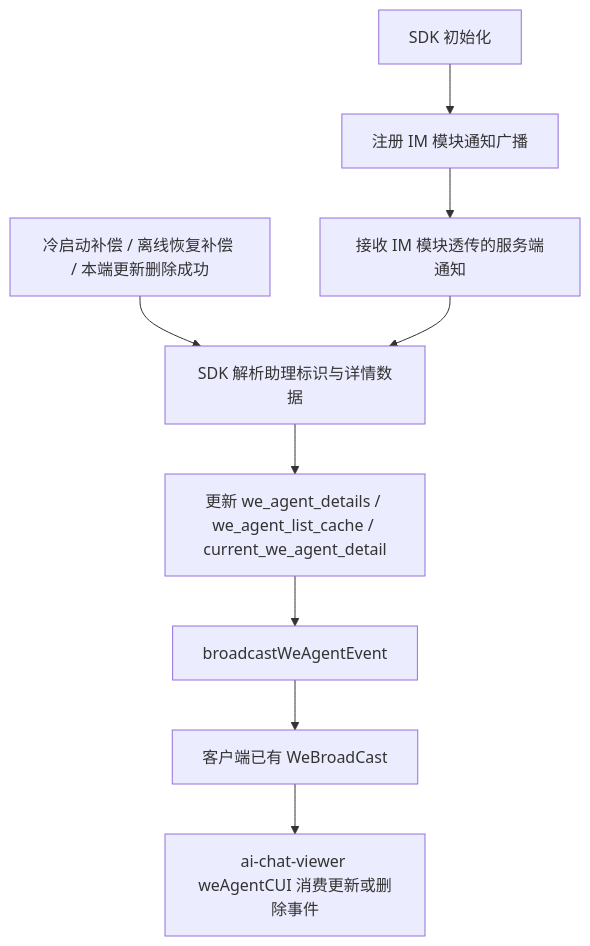
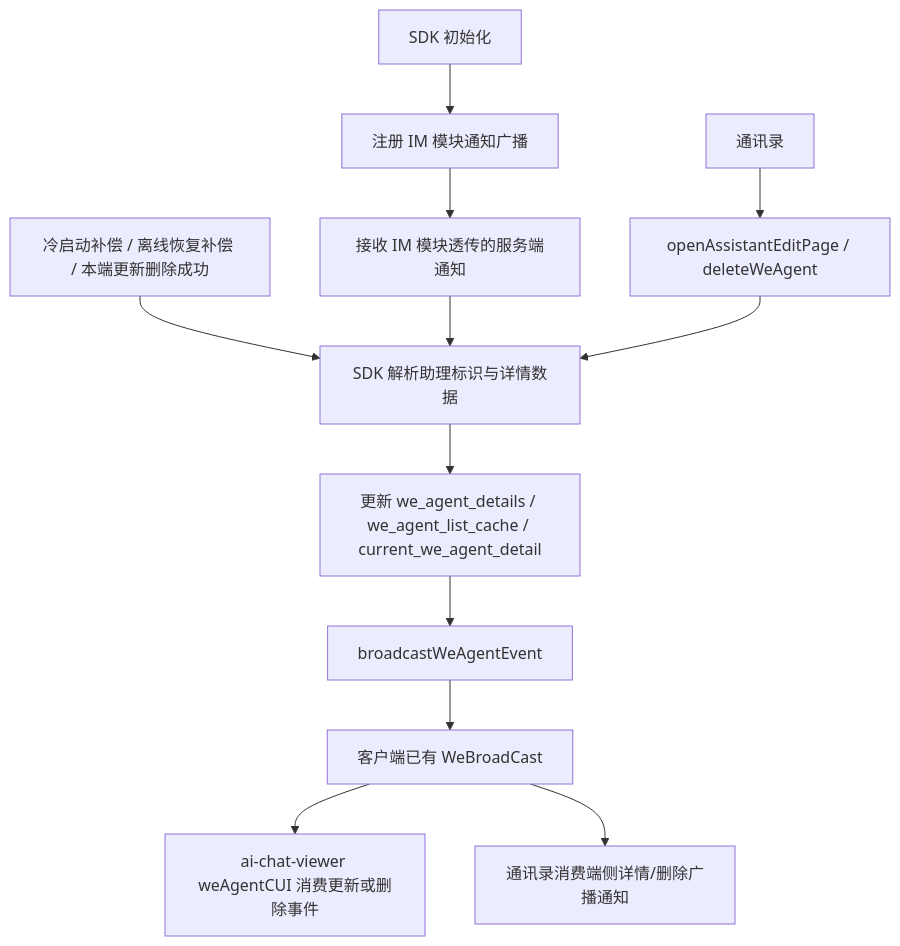
The first of 10 diagrams in 2026-05-08-we-agent-detail-sync-plan.md (Abelsjcheng/skillSDK), drawn with Mermaid before and after one commit. The commit also changed other lines of this file, not shown here.

````diff
--- a/2026-05-08-we-agent-detail-sync-plan.md
+++ b/2026-05-08-we-agent-detail-sync-plan.md
@@ -44,11 +46,14 @@
 ```mermaid
 flowchart TD
     A["SDK 初始化"] --> B["注册 IM 模块通知广播"]
     B --> C["接收 IM 模块透传的服务端通知"]
     D["冷启动补偿 / 离线恢复补偿 / 本端更新删除成功"] --> E["SDK 解析助理标识与详情数据"]
     C --> E
     E --> F["更新 we_agent_details / we_agent_list_cache / current_we_agent_detail"]
     F --> G["broadcastWeAgentEvent"]
     G --> H["客户端已有 WeBroadCast"]
     H --> I["ai-chat-viewer weAgentCUI 消费更新或删除事件"]
+    H --> J["通讯录消费端侧详情/删除广播通知"]
+    K["通讯录"] --> L["openAssistantEditPage / deleteWeAgent"]
+    L --> E
 ```
````
